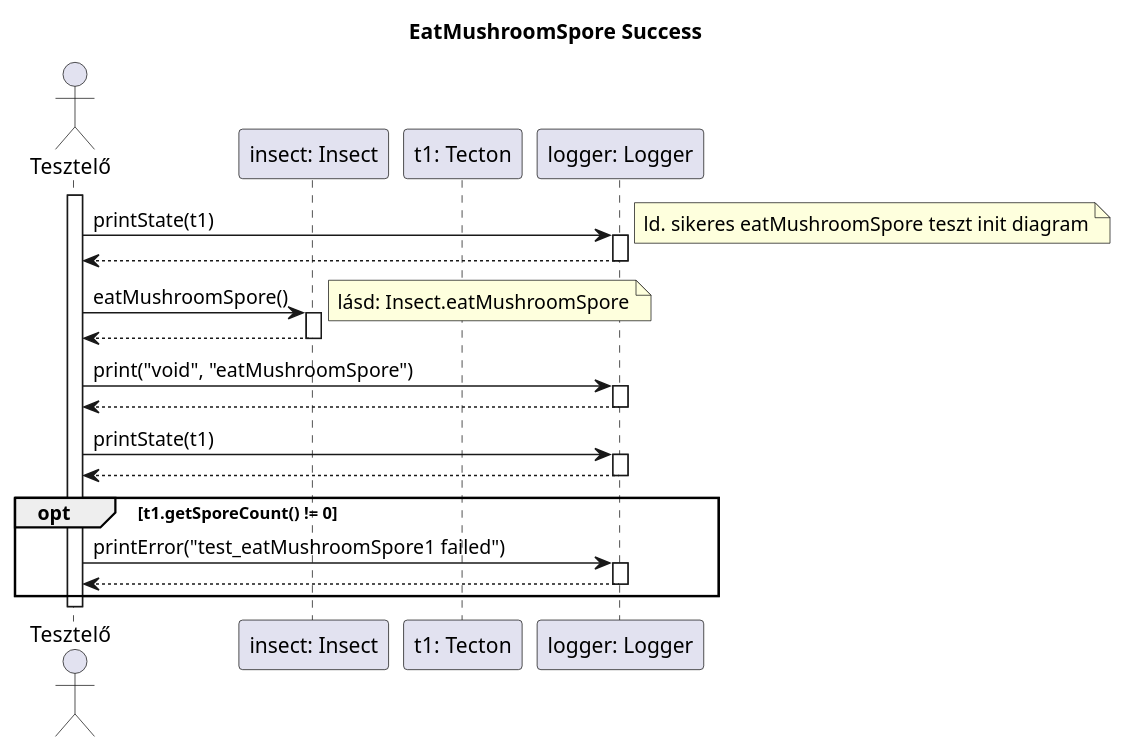
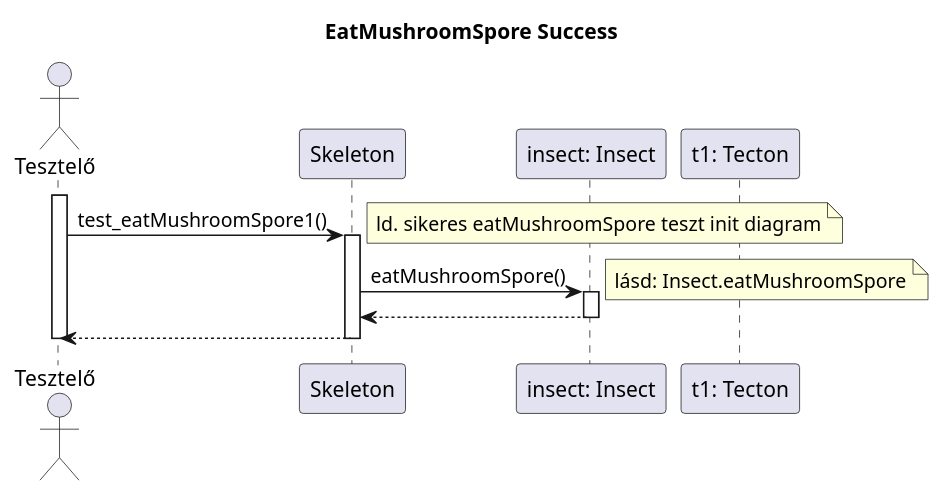
Before and after one commit to dzsem/projlab: the diagram in diagrams/test-sequence/insect/eatMushroomSpore1.plantuml, drawn with PlantUML. The commit also changed 5 other files, not shown here.

Commit message:
Add Skeleton call and remove logger mentions

```diff
--- a/diagrams/test-sequence/insect/eatMushroomSpore1.plantuml
+++ b/diagrams/test-sequence/insect/eatMushroomSpore1.plantuml
@@ -1,47 +1,28 @@
 @startuml test_eatMushroomSpore1
 
 title EatMushroomSpore Success
 
 actor "Tesztelő" as t
+participant "Skeleton" as ske
 participant "insect: Insect" as i
 participant "t1: Tecton" as t1
-participant "logger: Logger" as logger
 
 activate t
 
-t -> logger: printState(t1)
+t -> ske: test_eatMushroomSpore1()
 note right: ld. sikeres eatMushroomSpore teszt init diagram
-activate logger
+activate ske
 
-t <-- logger
-deactivate logger
+	ske -> i: eatMushroomSpore()
+	activate i
+	note right: lásd: Insect.eatMushroomSpore
 
-t -> i: eatMushroomSpore()
-activate i
-note right: lásd: Insect.eatMushroomSpore
+	ske <-- i
+	deactivate i
 
-t <-- i
-deactivate i
-
-t -> logger: print("void", "eatMushroomSpore")
-activate logger
-
-t <-- logger
-deactivate logger
-
-t -> logger: printState(t1)
-activate logger
-t <-- logger
-deactivate logger
-
-opt t1.getSporeCount() != 0
-	t -> logger: printError("test_eatMushroomSpore1 failed")
-	activate logger
-
-	t <-- logger
-	deactivate logger
-end
+t <-- ske
+deactivate ske
 
 deactivate t
 
 @enduml
```
